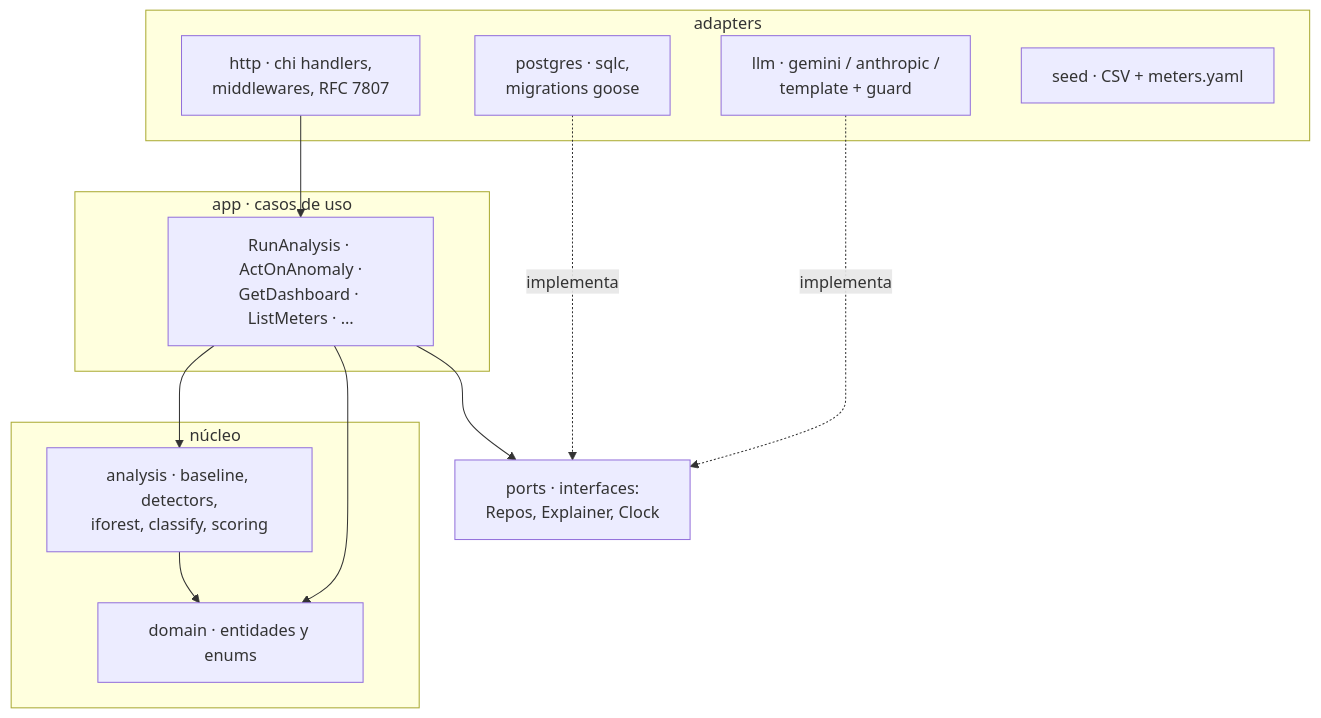
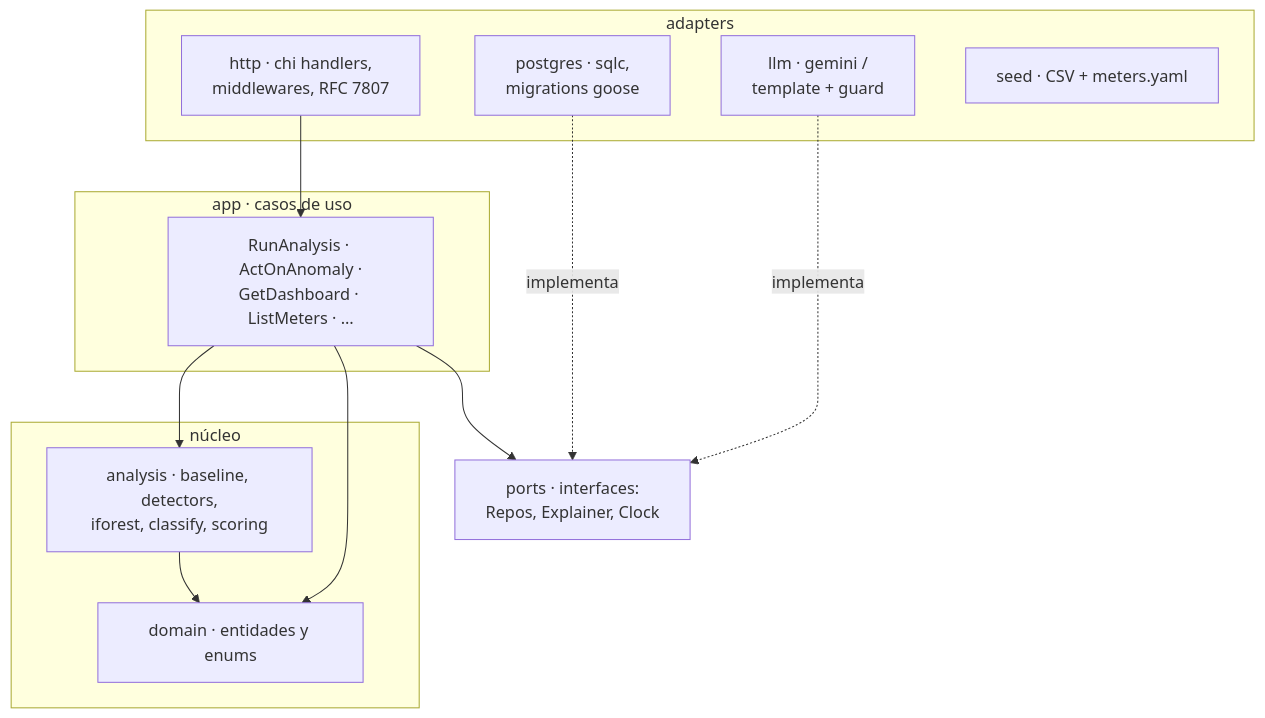
Before and after one commit to m0ntbl4ck/voltia: the second of 5 diagrams in docs/architecture.md, drawn with Mermaid. The commit also changed other lines of this file and 1 other file, not shown here.

First line of the commit message:
docs: align the README and architecture

````diff
--- a/docs/architecture.md
+++ b/docs/architecture.md
@@ -83,25 +85,25 @@
 ```mermaid
 flowchart TB
     subgraph adapters[adapters]
         http[http · chi handlers,<br/>middlewares, RFC 7807]
         pg[postgres · sqlc,<br/>migrations goose]
-        llm[llm · gemini / anthropic /<br/>template + guard]
+        llm[llm · gemini /<br/>template + guard]
         seed[seed · CSV + meters.yaml]
     end
     subgraph app[app · casos de uso]
         uc[RunAnalysis · ActOnAnomaly ·<br/>GetDashboard · ListMeters · …]
     end
     subgraph core[núcleo]
         analysis[analysis · baseline, detectors,<br/>iforest, classify, scoring]
         domain[domain · entidades y enums]
     end
     ports[ports · interfaces:<br/>Repos, Explainer, Clock]
 
     http --> uc
     uc --> analysis
     uc --> ports
     pg -.implementa.-> ports
     llm -.implementa.-> ports
     analysis --> domain
     uc --> domain
 ```
````
